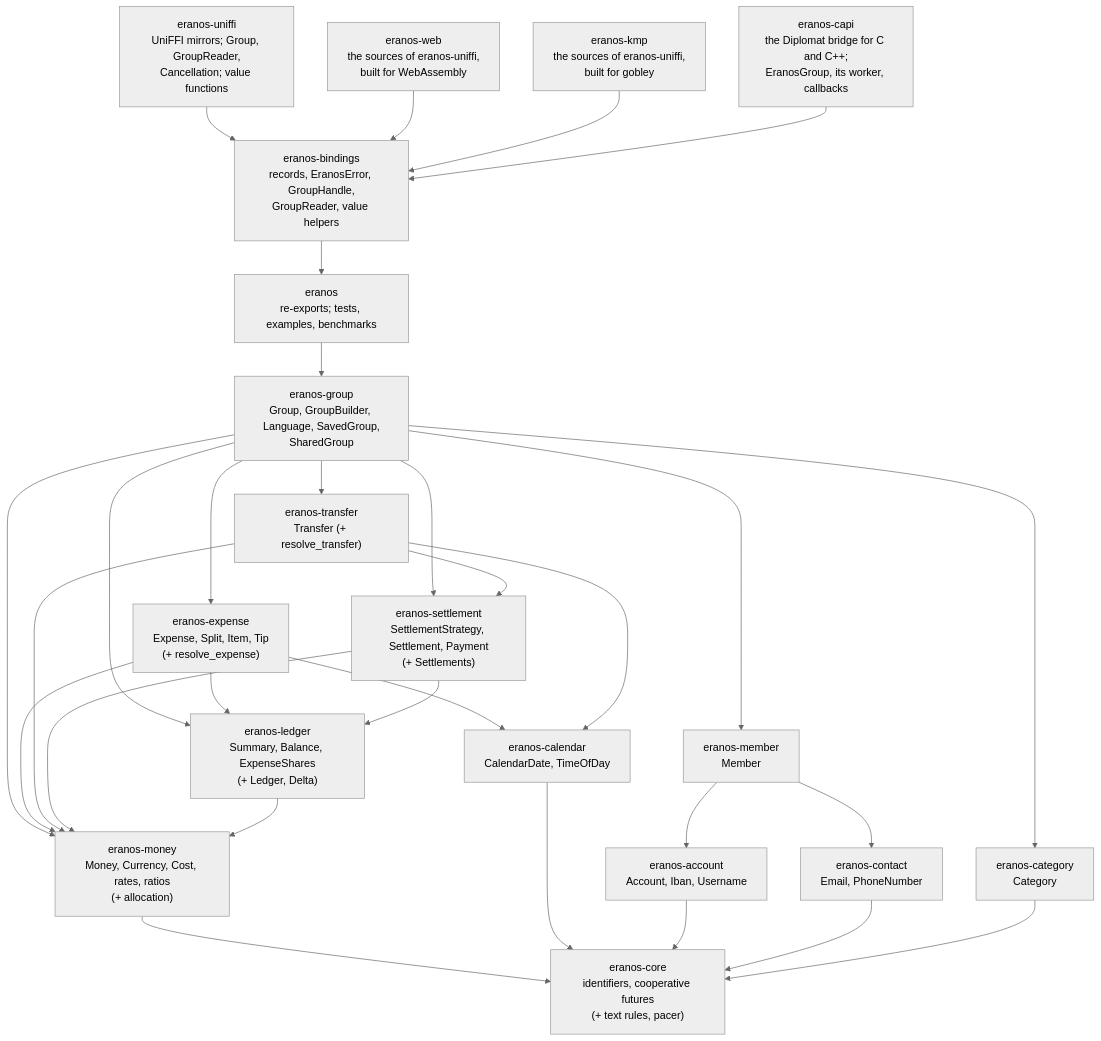
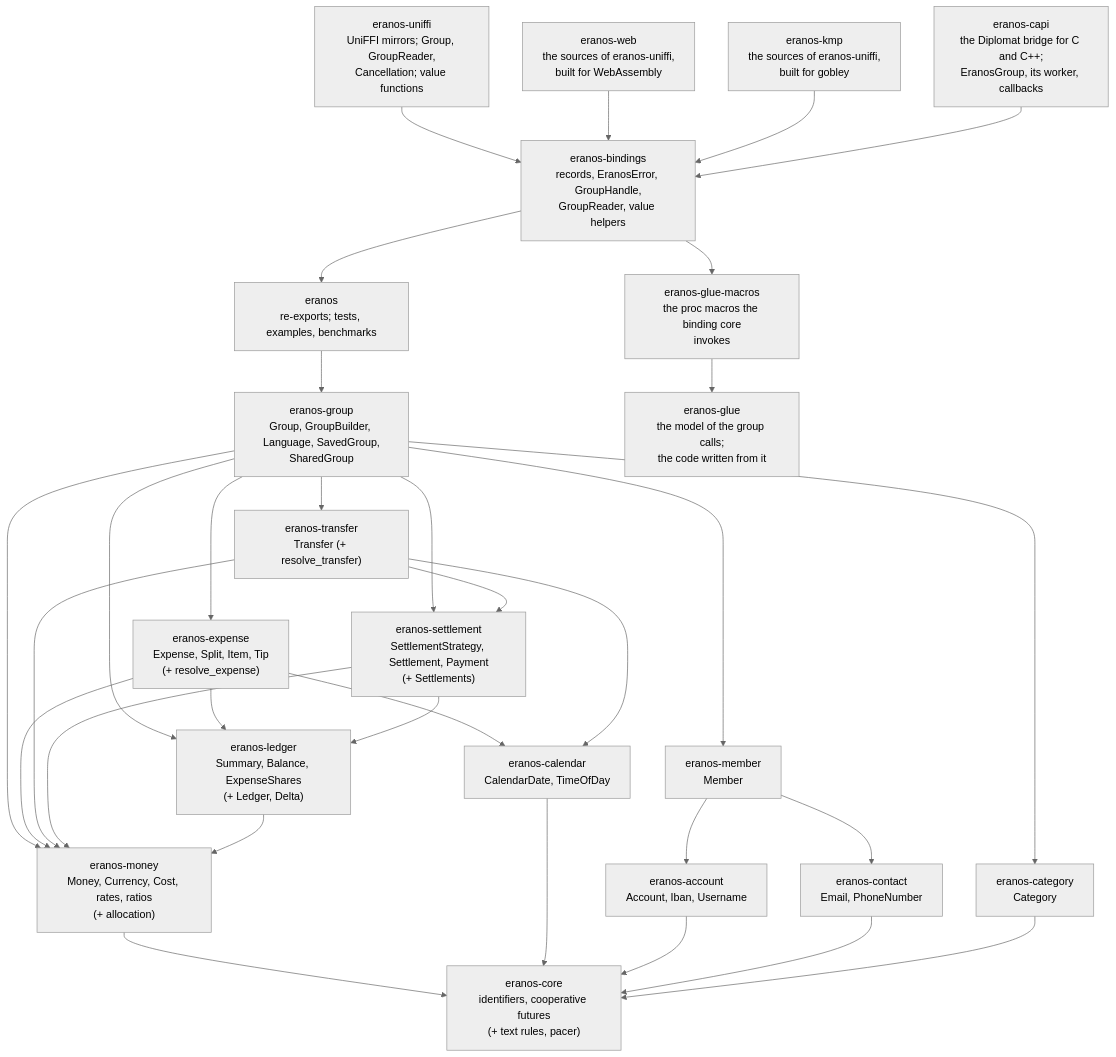
Before and after one commit to cristiancristea00/eranos: the first of 3 diagrams in docs/ARCHITECTURE.md, drawn with Mermaid (neutral theme). The commit also changed other lines of this file and 32 other files, not shown here.

````diff
--- a/docs/ARCHITECTURE.md
+++ b/docs/ARCHITECTURE.md
@@ -81,50 +85,54 @@
 ```mermaid
 flowchart TD
     UNIFFI["eranos-uniffi<br/>UniFFI mirrors; Group, GroupReader,<br/>Cancellation; value functions"]
     WEB["eranos-web<br/>the sources of eranos-uniffi,<br/>built for WebAssembly"]
     KMP["eranos-kmp<br/>the sources of eranos-uniffi,<br/>built for gobley"]
     CAPI["eranos-capi<br/>the Diplomat bridge for C and C++;<br/>EranosGroup, its worker, callbacks"]
     BINDINGS["eranos-bindings<br/>records, EranosError, GroupHandle,<br/>GroupReader, value helpers"]
     FACADE["eranos<br/>re-exports; tests, examples, benchmarks"]
     GROUP["eranos-group<br/>Group, GroupBuilder, Language, SavedGroup,<br/>SharedGroup"]
     EXPENSE["eranos-expense<br/>Expense, Split, Item, Tip<br/>(+ resolve_expense)"]
     TRANSFER["eranos-transfer<br/>Transfer (+ resolve_transfer)"]
     MEMBER["eranos-member<br/>Member"]
     CATEGORY["eranos-category<br/>Category"]
     SETTLEMENT["eranos-settlement<br/>SettlementStrategy, Settlement, Payment<br/>(+ Settlements)"]
     ACCOUNT["eranos-account<br/>Account, Iban, Username"]
     CONTACT["eranos-contact<br/>Email, PhoneNumber"]
     LEDGER["eranos-ledger<br/>Summary, Balance, ExpenseShares<br/>(+ Ledger, Delta)"]
     CALENDAR["eranos-calendar<br/>CalendarDate, TimeOfDay"]
     MONEY["eranos-money<br/>Money, Currency, Cost, rates, ratios<br/>(+ allocation)"]
     CORE["eranos-core<br/>identifiers, cooperative futures<br/>(+ text rules, pacer)"]
+    MACROS["eranos-glue-macros<br/>the proc macros the binding core<br/>invokes"]
+    GLUE["eranos-glue<br/>the model of the group calls;<br/>the code written from it"]
     UNIFFI --> BINDINGS
     WEB --> BINDINGS
     KMP --> BINDINGS
     CAPI --> BINDINGS
     BINDINGS --> FACADE
+    BINDINGS --> MACROS
+    MACROS --> GLUE
     FACADE --> GROUP
     GROUP --> EXPENSE
     GROUP --> TRANSFER
     GROUP --> MEMBER
     GROUP --> CATEGORY
     GROUP --> SETTLEMENT
     GROUP --> LEDGER
     GROUP --> MONEY
     EXPENSE --> LEDGER
     EXPENSE --> CALENDAR
     EXPENSE --> MONEY
     TRANSFER --> SETTLEMENT
     TRANSFER --> CALENDAR
     TRANSFER --> MONEY
     MEMBER --> ACCOUNT
     MEMBER --> CONTACT
     SETTLEMENT --> LEDGER
     SETTLEMENT --> MONEY
     LEDGER --> MONEY
     MONEY --> CORE
     CALENDAR --> CORE
     ACCOUNT --> CORE
     CONTACT --> CORE
     CATEGORY --> CORE
 ```
````
